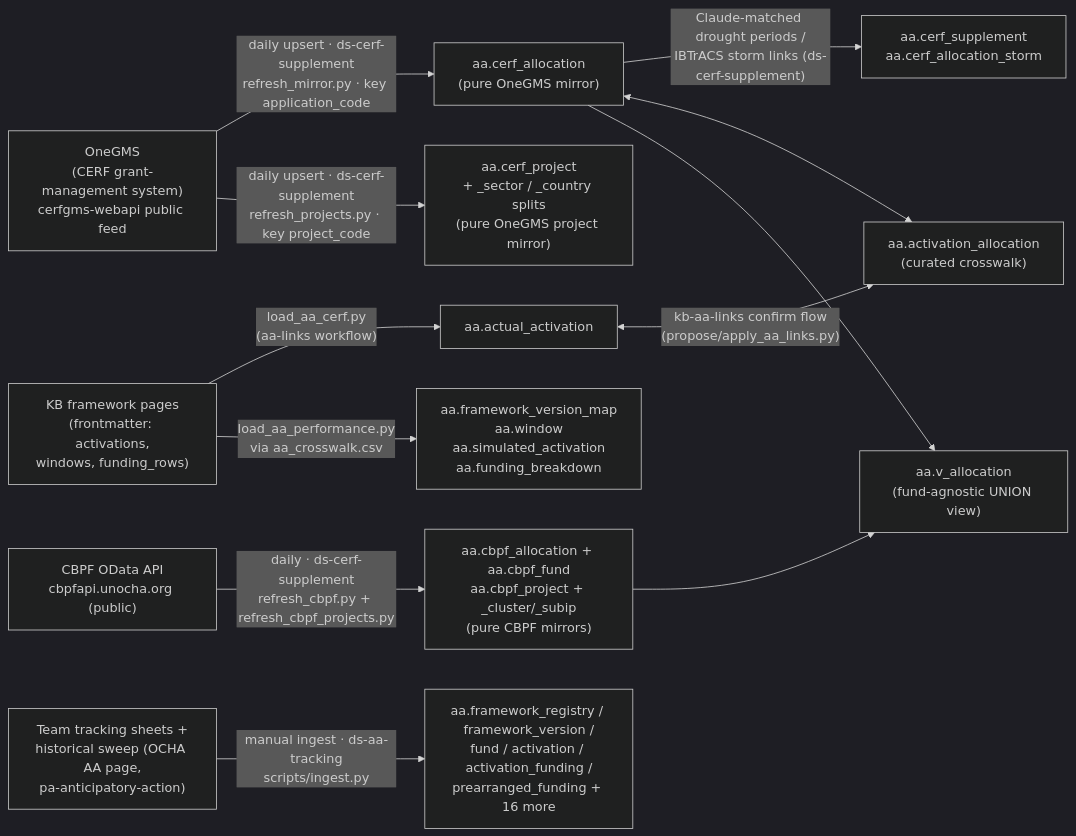
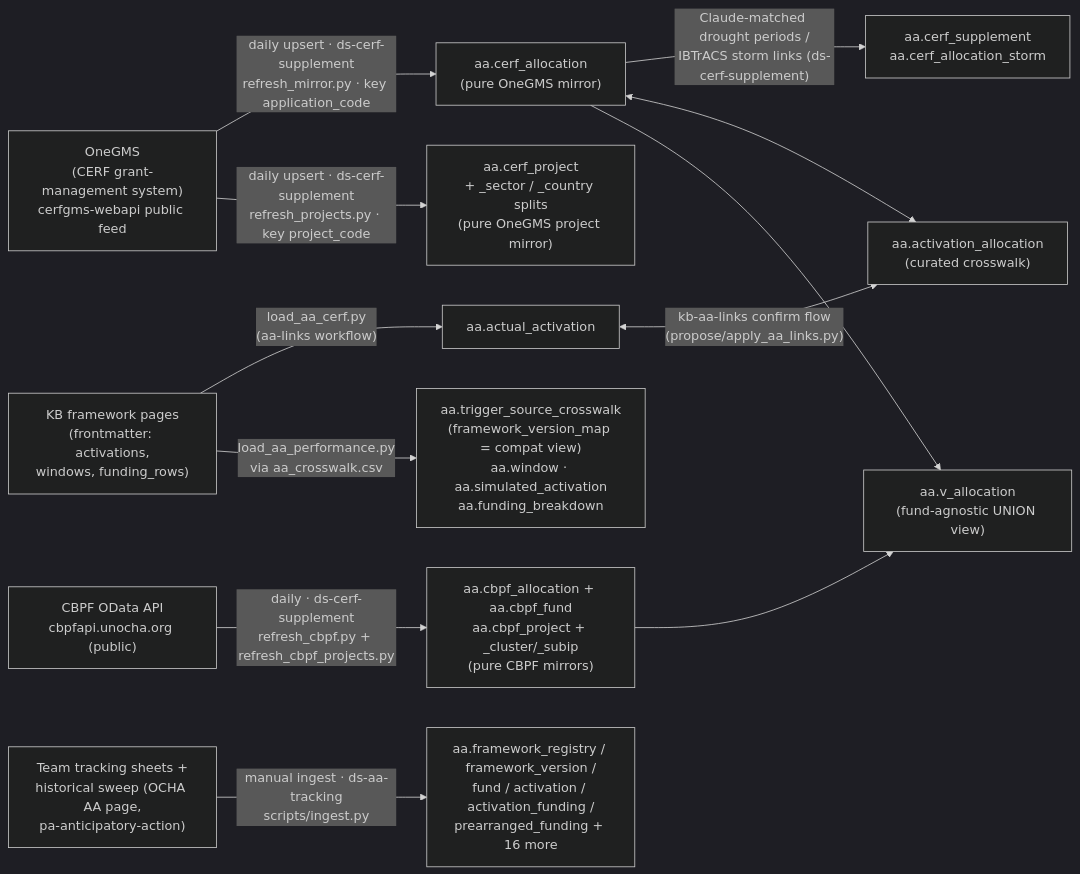
The first of 3 diagrams in infrastructure/db-erd.md (OCHA-DAP/ds-knowledge-base), drawn with Mermaid (dark theme) before and after one commit. The commit also changed other lines of this file and 2 other files, not shown here.

First line of the commit message:
Version unification (roadmap phases 2): framework_version_map -> trigger_source_crosswalk

````diff
--- a/infrastructure/db-erd.md
+++ b/infrastructure/db-erd.md
@@ -35,18 +35,18 @@
 ```mermaid
 flowchart LR
     onegms["OneGMS<br/>(CERF grant-management system)<br/>cerfgms-webapi public feed"]
     kb["KB framework pages<br/>(frontmatter: activations,<br/>windows, funding_rows)"]
     onegms -->|"daily upsert · ds-cerf-supplement<br/>refresh_mirror.py · key application_code"| mirror["aa.cerf_allocation<br/>(pure OneGMS mirror)"]
     onegms -->|"daily upsert · ds-cerf-supplement<br/>refresh_projects.py · key project_code"| projmirror["aa.cerf_project<br/>+ _sector / _country splits<br/>(pure OneGMS project mirror)"]
     mirror -->|"Claude-matched drought periods /<br/>IBTrACS storm links (ds-cerf-supplement)"| supp["aa.cerf_supplement<br/>aa.cerf_allocation_storm"]
     kb -->|"load_aa_cerf.py<br/>(aa-links workflow)"| act["aa.actual_activation"]
-    kb -->|"load_aa_performance.py<br/>via aa_crosswalk.csv"| perf["aa.framework_version_map<br/>aa.window<br/>aa.simulated_activation<br/>aa.funding_breakdown"]
+    kb -->|"load_aa_performance.py<br/>via aa_crosswalk.csv"| perf["aa.trigger_source_crosswalk<br/>(framework_version_map = compat view)<br/>aa.window · aa.simulated_activation<br/>aa.funding_breakdown"]
     act <-->|"kb-aa-links confirm flow<br/>(propose/apply_aa_links.py)"| xwalk["aa.activation_allocation<br/>(curated crosswalk)"]
     mirror <--> xwalk
     cbpfapi["CBPF OData API<br/>cbpfapi.unocha.org (public)"]
     cbpfapi -->|"daily · ds-cerf-supplement<br/>refresh_cbpf.py + refresh_cbpf_projects.py"| cbpf["aa.cbpf_allocation + aa.cbpf_fund<br/>aa.cbpf_project + _cluster/_subip<br/>(pure CBPF mirrors)"]
     mirror --> valloc["aa.v_allocation<br/>(fund-agnostic UNION view)"]
     cbpf --> valloc
     sheets["Team tracking sheets +<br/>historical sweep (OCHA AA page,<br/>pa-anticipatory-action)"]
     sheets -->|"manual ingest · ds-aa-tracking<br/>scripts/ingest.py"| trk["aa.framework_registry / framework_version /<br/>fund / activation / activation_funding /<br/>prearranged_funding + 16 more"]
 ```
````
